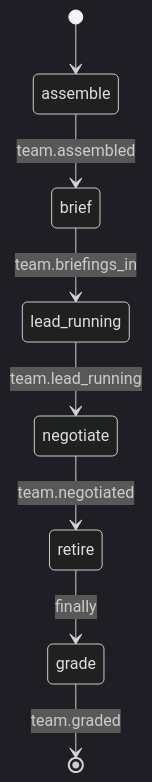
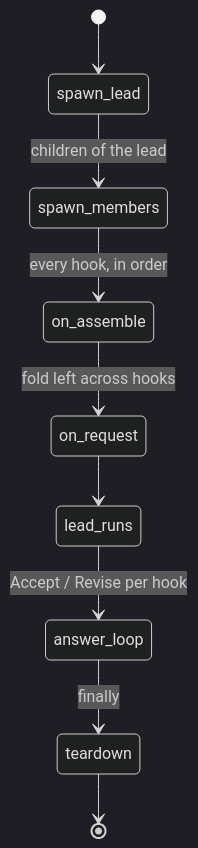
One commit to theagenticguy/pneuma changed the fourth of 5 diagrams in docs/behavior/state-machines.md. Above: the diagram before and after it, drawn with Mermaid (dark theme). The commit also changed other lines of this file and 18 other files, not shown here.

First line of the commit message:
Rewrite docs for the hooks-first team (T8 Wave 3)

````diff
--- a/docs/behavior/state-machines.md
+++ b/docs/behavior/state-machines.md
@@ -126,10 +126,11 @@
 ```mermaid
 stateDiagram-v2
-    [*] --> assemble
-    assemble --> brief : team.assembled
-    brief --> lead_running : team.briefings_in
-    lead_running --> negotiate : team.lead_running
-    negotiate --> retire : team.negotiated
-    retire --> grade : finally
-    grade --> [*] : team.graded
+    [*] --> spawn_lead
+    spawn_lead --> spawn_members : children of the lead
+    spawn_members --> on_assemble : every hook, in order
+    on_assemble --> on_request : fold left across hooks
+    on_request --> lead_runs
+    lead_runs --> answer_loop : Accept / Revise per hook
+    answer_loop --> teardown : finally
+    teardown --> [*]
 ```
````
